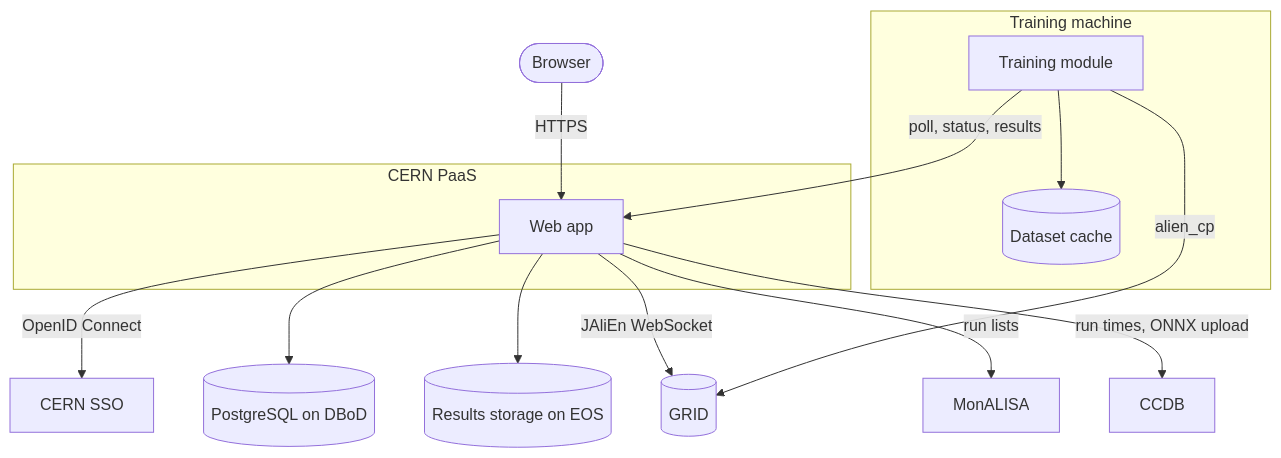
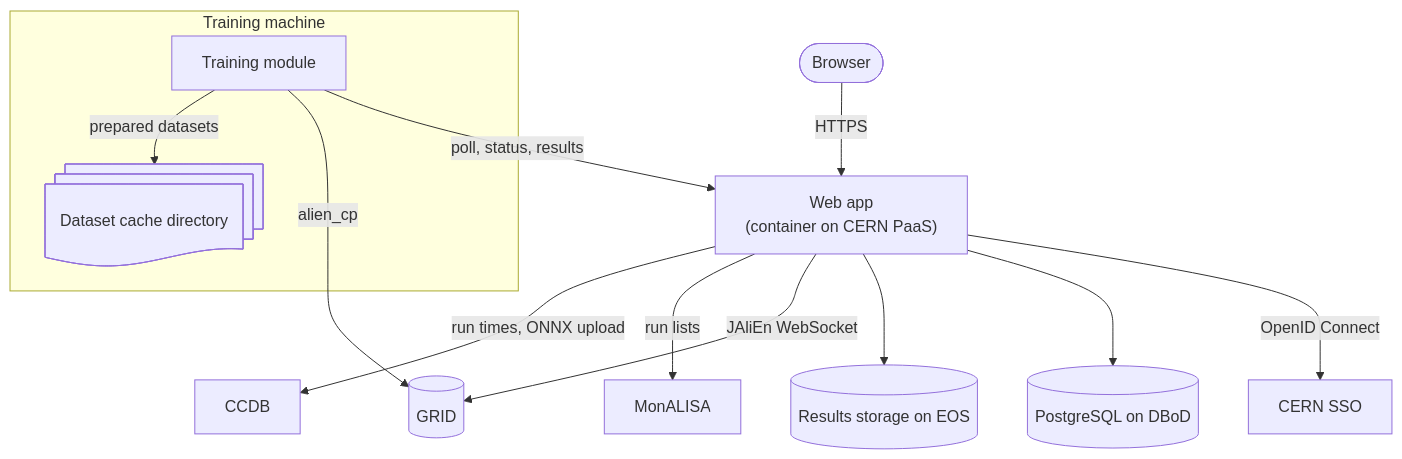
The first of 2 diagrams in docs/3-development/1-architecture.md (mytkom/AliceTraINT), drawn with Mermaid before and after one commit. The commit also changed other lines of this file, not shown here.

Commit message:
docs: explain the dataset cache and keep the PaaS label readable

````diff
--- a/docs/3-development/1-architecture.md
+++ b/docs/3-development/1-architecture.md
@@ -9,31 +9,29 @@
 ```mermaid
 flowchart TB
   accTitle: System architecture
-  accDescr: The browser and the training modules call the web app. The web app stores data in PostgreSQL and result files on EOS, and calls CERN SSO, JAliEn on the GRID, MonALISA and CCDB. Training modules download AOD files from the GRID and keep prepared datasets in a local dataset cache.
+  accDescr: The browser and the training modules call the web app. The web app stores data in PostgreSQL and result files on EOS, and calls CERN SSO, JAliEn on the GRID, MonALISA and CCDB. Training modules download AOD files from the GRID and keep prepared datasets as files in a dataset cache directory on the training machine.
 
   browser([Browser])
-  subgraph paas[CERN PaaS]
-    web[Web app]
-  end
+  web["Web app<br>(container on CERN PaaS)"]
   db[(PostgreSQL on DBoD)]
   eos[(Results storage on EOS)]
   subgraph machine[Training machine]
     module[Training module]
-    cache[(Dataset cache)]
+    cache@{ shape: docs, label: "Dataset cache directory" }
   end
   sso[CERN SSO]
   grid[(GRID)]
   monalisa[MonALISA]
   ccdb[CCDB]
 
   browser -->|HTTPS| web
   web -->|OpenID Connect| sso
   web --> db
   web --> eos
   web -->|JAliEn WebSocket| grid
   web -->|run lists| monalisa
   web -->|run times, ONNX upload| ccdb
   module -->|poll, status, results| web
   module -->|alien_cp| grid
-  module --> cache
+  module -->|prepared datasets| cache
 ```
````
